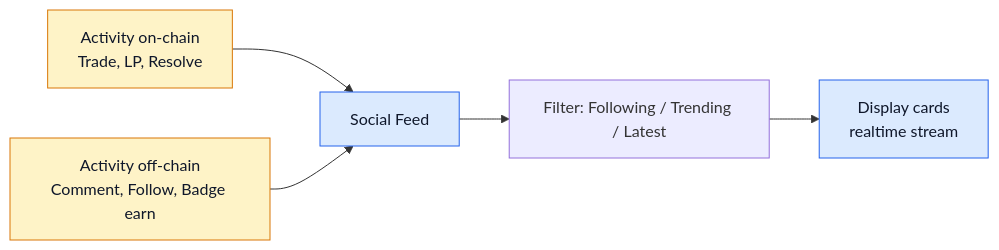
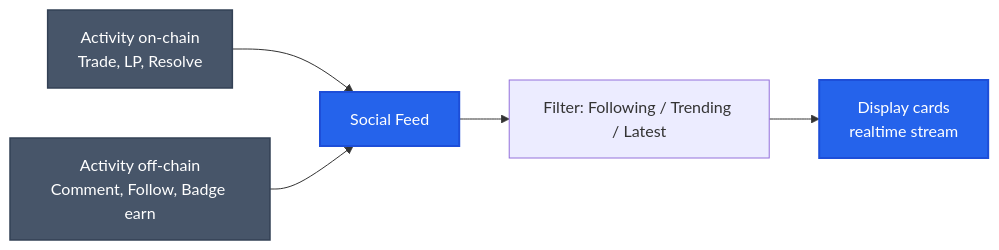
One commit to PrediX-Protocol/predix-docs changed the second of 3 diagrams in vi_v6/cong-dong/discussion.md. Above: the diagram before and after it, drawn with Mermaid. The commit also changed other lines of this file and 32 other files, not shown here.

First line of the commit message:
docs(vi_v6): redesign Mermaid theme — solid mid-tone palette + dark theme

````diff
--- a/vi_v6/cong-dong/discussion.md
+++ b/vi_v6/cong-dong/discussion.md
@@ -53,12 +53,12 @@
 ```mermaid
 flowchart LR
     On[Activity on-chain<br/>Trade, LP, Resolve] --> Feed[Social Feed]
     Off[Activity off-chain<br/>Comment, Follow, Badge earn] --> Feed
     Feed --> Filter[Filter: Following / Trending / Latest]
     Filter --> Display[Display cards<br/>realtime stream]
 
-    classDef src fill:#fef3c7,stroke:#d97706,color:#0f172a
-    classDef ui fill:#dbeafe,stroke:#2563eb,color:#0f172a
+    classDef src fill:#475569,stroke:#334155,color:#fff,stroke-width:1.5px
+    classDef ui fill:#2563eb,stroke:#1d4ed8,color:#fff,stroke-width:2px
     class On,Off src
     class Feed,Display ui
 ```
````
